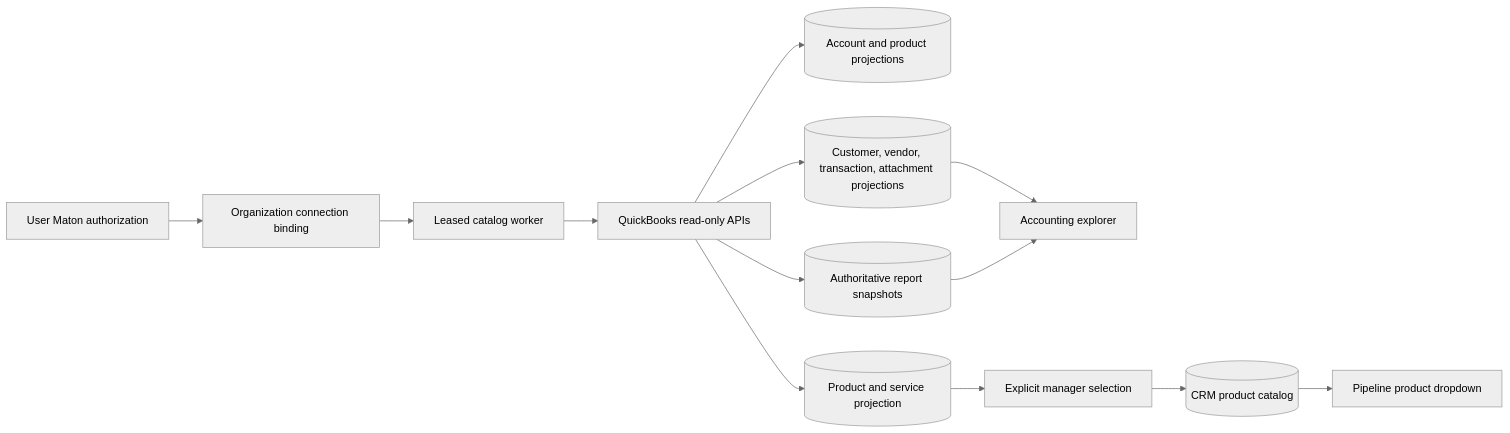
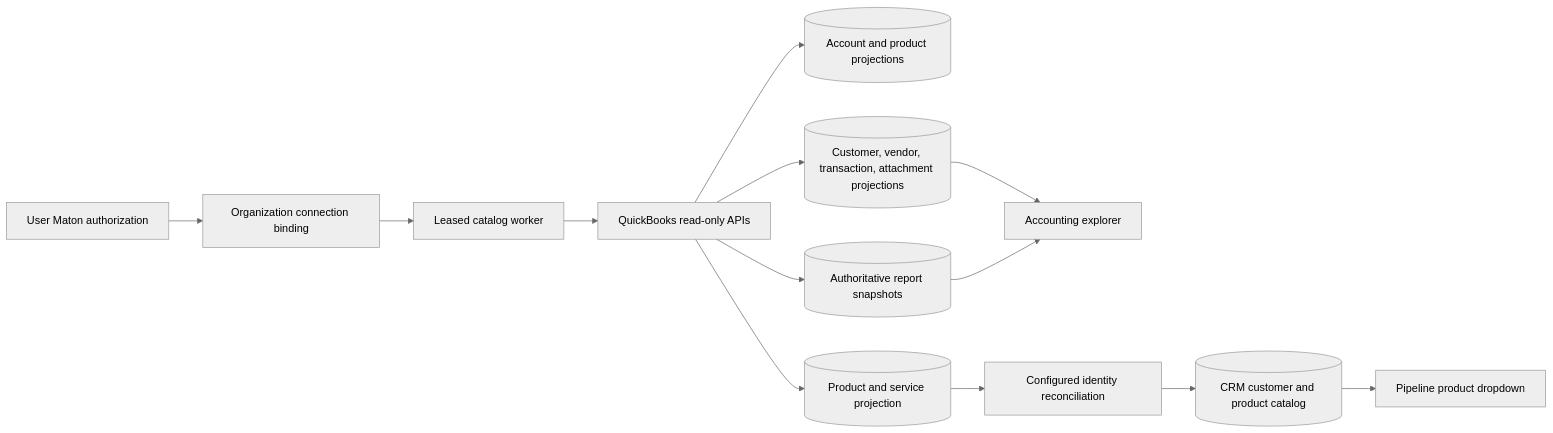
The diagram in docs/modules/quickbooks-accounting.md (jarrettcrosby/clawpilot), drawn with Mermaid (neutral theme) before and after one commit. The commit also changed other lines of this file and 33 other files, not shown here.

Commit message:
feat: add isolated demo and QuickBooks CRM reconciliation

````diff
--- a/docs/modules/quickbooks-accounting.md
+++ b/docs/modules/quickbooks-accounting.md
@@ -29,15 +29,15 @@
 ```mermaid
 flowchart LR
   User[User Maton authorization] --> Binding[Organization connection binding]
   Binding --> Worker[Leased catalog worker]
   Worker --> QBO[QuickBooks read-only APIs]
   QBO --> Accounts[(Account and product projections)]
   QBO --> Financial[(Customer, vendor, transaction, attachment projections)]
   QBO --> Reports[(Authoritative report snapshots)]
   Financial --> Explorer[Accounting explorer]
   Reports --> Explorer
   QBO --> Items[(Product and service projection)]
-  Items --> Selection[Explicit manager selection]
-  Selection --> CRM[(CRM product catalog)]
+  Items --> Reconcile[Configured identity reconciliation]
+  Reconcile --> CRM[(CRM customer and product catalog)]
   CRM --> Pipeline[Pipeline product dropdown]
 ```
````
